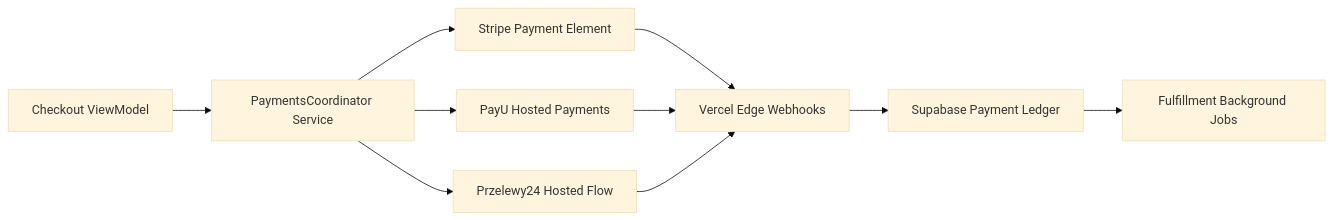
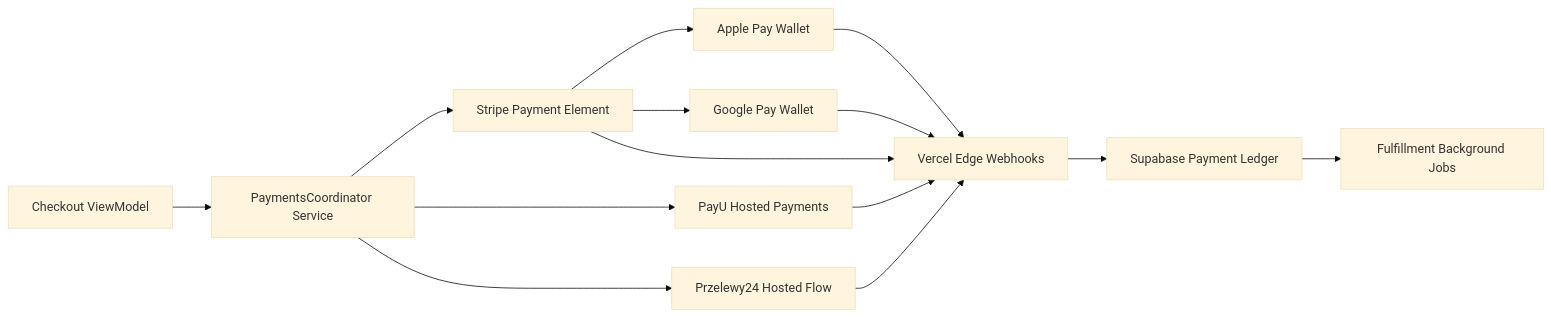
The diagram in docs/diagrams/adr-011-payments-and-checkout-orchestration/architecture-overview.mmd (marcelkenner/clarivum), drawn with Mermaid (base theme) before and after one commit. The commit also changed 42 other files, not shown here.

````diff
--- a/docs/diagrams/adr-011-payments-and-checkout-orchestration/architecture-overview.mmd
+++ b/docs/diagrams/adr-011-payments-and-checkout-orchestration/architecture-overview.mmd
@@ -1,12 +1,16 @@
 ```mermaid
 flowchart LR
     CheckoutUI["Checkout ViewModel"] --> PaymentsCoordinator["PaymentsCoordinator Service"]
     PaymentsCoordinator --> Stripe["Stripe Payment Element"]
     PaymentsCoordinator --> PayU["PayU Hosted Payments"]
     PaymentsCoordinator --> P24["Przelewy24 Hosted Flow"]
-    Stripe --> Webhooks["Vercel Edge Webhooks"]
+    Stripe --> ApplePay["Apple Pay Wallet"]
+    Stripe --> GooglePay["Google Pay Wallet"]
+    ApplePay --> Webhooks["Vercel Edge Webhooks"]
+    GooglePay --> Webhooks
     PayU --> Webhooks
     P24 --> Webhooks
+    Stripe --> Webhooks
     Webhooks --> SupabaseLedger["Supabase Payment Ledger"]
     SupabaseLedger --> FulfillmentJobs["Fulfillment Background Jobs"]
 ```
````
